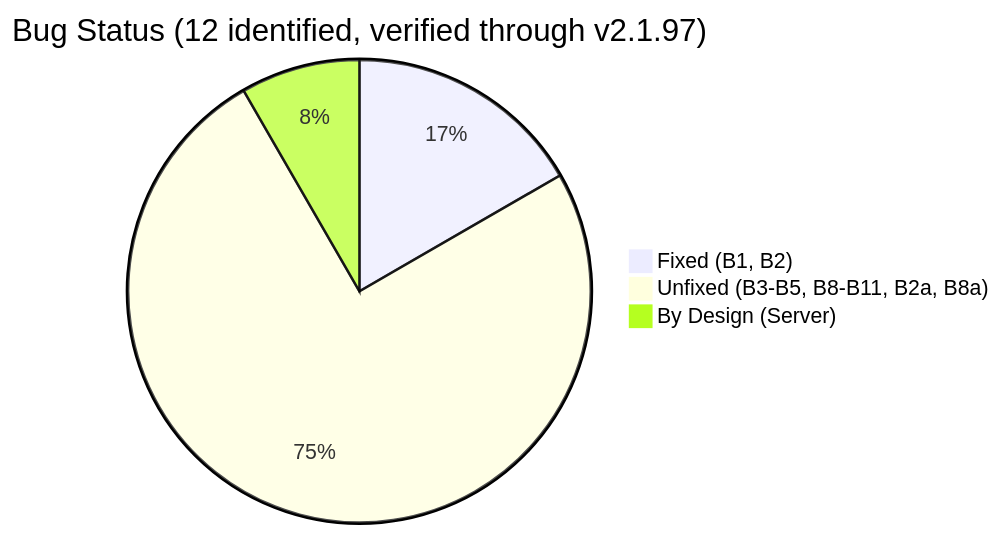
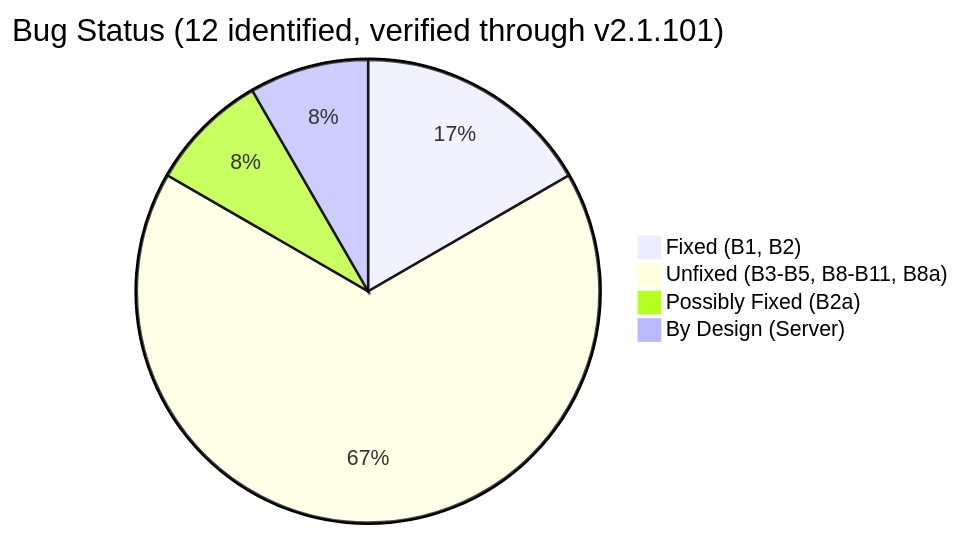
The diagram in README.md (ArkNill/claude-code-hidden-problem-analysis), drawn with Mermaid before and after one commit. The commit also changed other lines of this file and 2 other files, not shown here.

````diff
--- a/README.md
+++ b/README.md
@@ -78,6 +90,7 @@
 ```mermaid
-pie title Bug Status (12 identified, verified through v2.1.97)
+pie title Bug Status (12 identified, verified through v2.1.101)
     "Fixed (B1, B2)" : 2
-    "Unfixed (B3-B5, B8-B11, B2a, B8a)" : 9
+    "Unfixed (B3-B5, B8-B11, B8a)" : 8
+    "Possibly Fixed (B2a)" : 1
     "By Design (Server)" : 1
 ```
````
